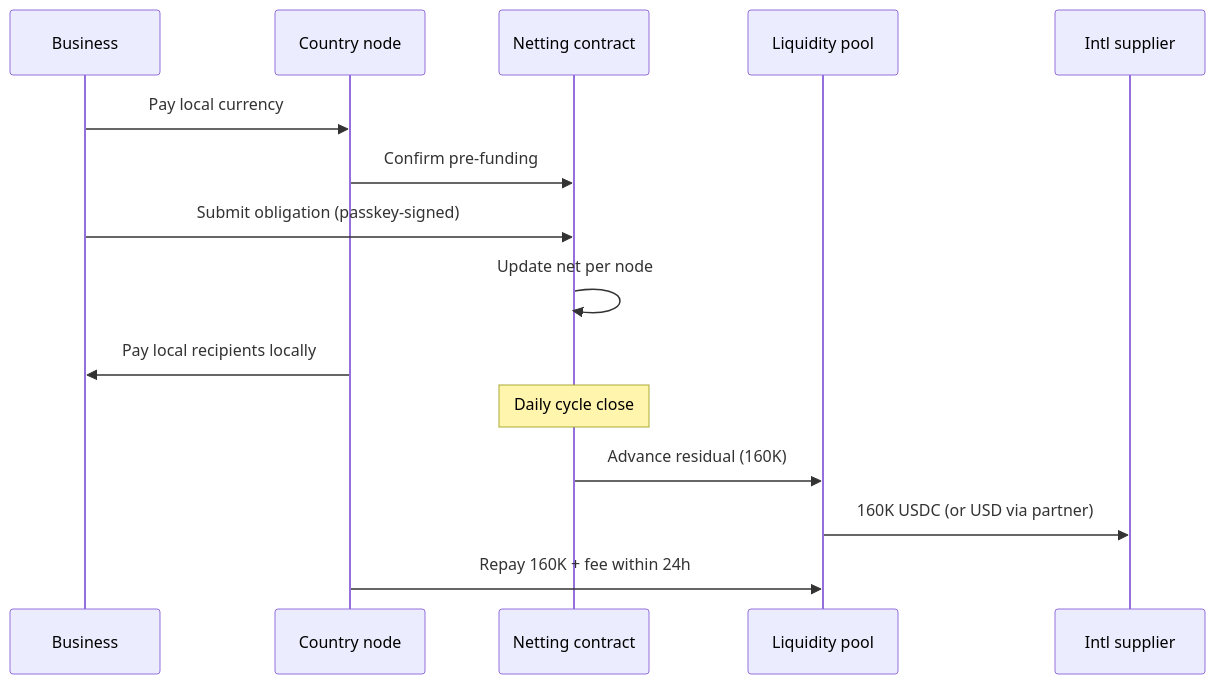
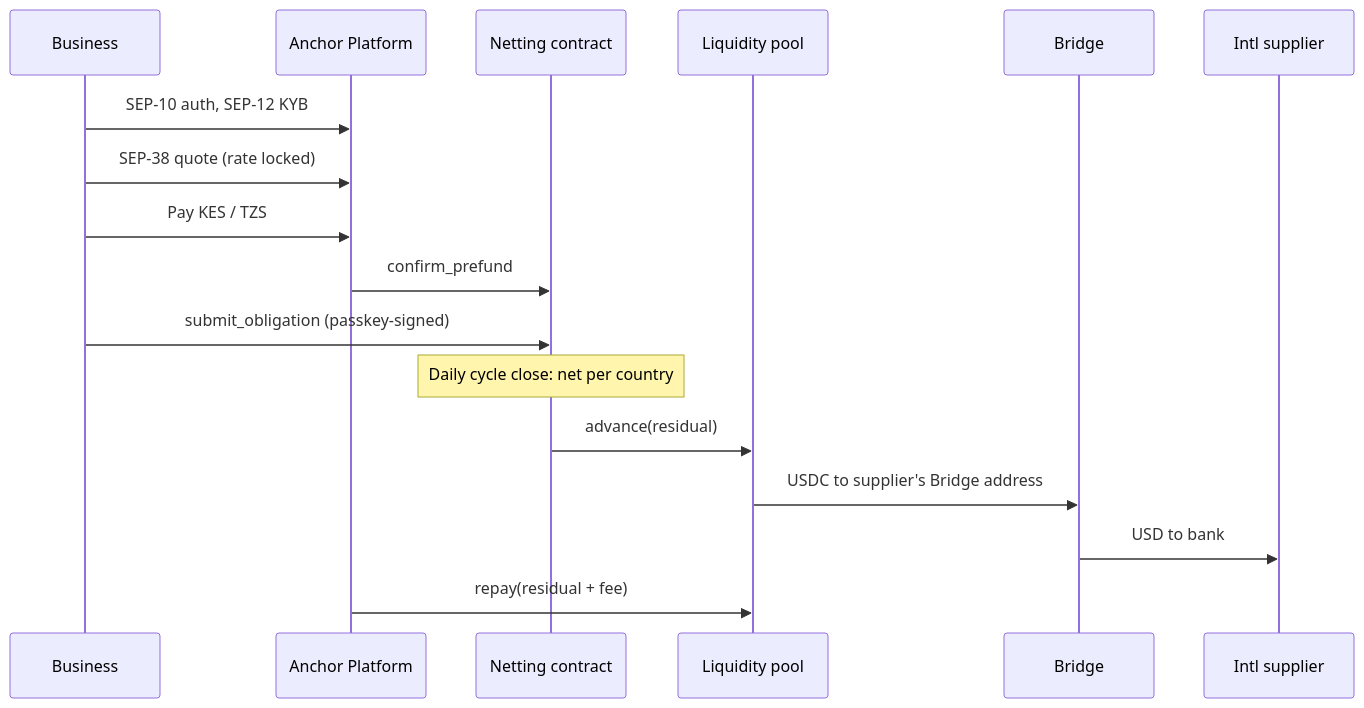
Before and after one commit to Rift-FI/Documents: the second of 3 diagrams in Architecture.md, drawn with Mermaid. The commit also changed other lines of this file, not shown here.

````diff
--- a/Architecture.md
+++ b/Architecture.md
@@ -84,18 +46,20 @@
 ```mermaid
 sequenceDiagram
   participant B as Business
-  participant N as Country node
+  participant AP as Anchor Platform
   participant NC as Netting contract
   participant P as Liquidity pool
+  participant BR as Bridge
   participant S as Intl supplier
 
-  B->>N: Pay local currency
-  N->>NC: Confirm pre-funding
-  B->>NC: Submit obligation (passkey-signed)
-  NC->>NC: Update net per node
-  N->>B: Pay local recipients locally
-  Note over NC: Daily cycle close
-  NC->>P: Advance residual (160K)
-  P->>S: 160K USDC (or USD via partner)
-  N->>P: Repay 160K + fee within 24h
+  B->>AP: SEP-10 auth, SEP-12 KYB
+  B->>AP: SEP-38 quote (rate locked)
+  B->>AP: Pay KES / TZS
+  AP->>NC: confirm_prefund
+  B->>NC: submit_obligation (passkey-signed)
+  Note over NC: Daily cycle close: net per country
+  NC->>P: advance(residual)
+  P->>BR: USDC to supplier's Bridge address
+  BR->>S: USD to bank
+  AP->>P: repay(residual + fee)
 ```
````
